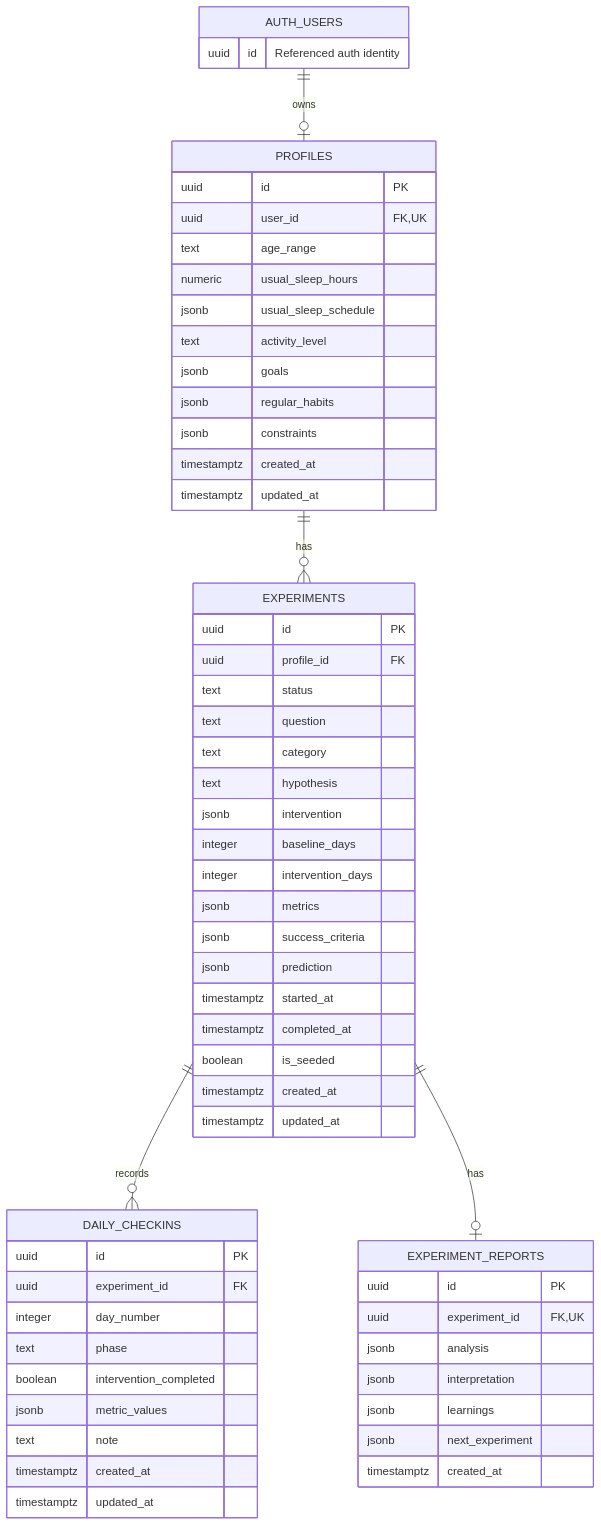
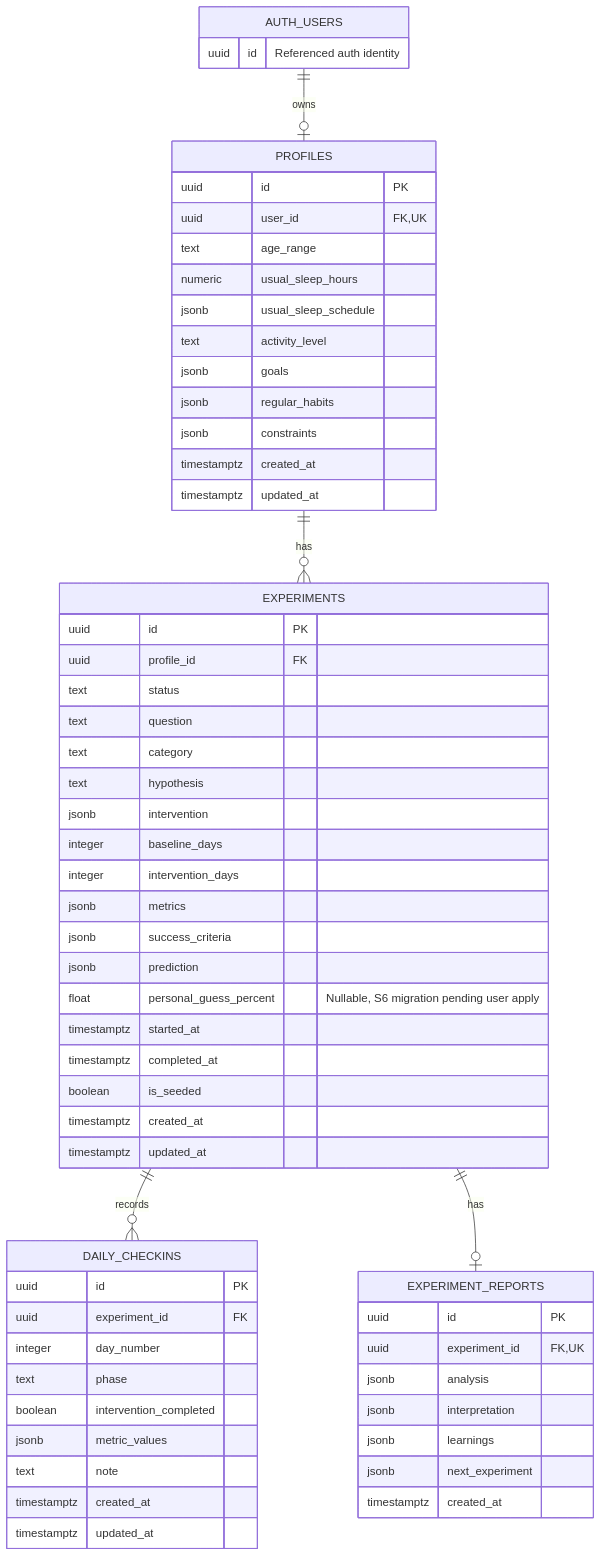
The third of 3 diagrams in docs/ARCHITECTURE.md (mnahsanofficial/rhythm-health), drawn with Mermaid before and after one commit. The commit also changed other lines of this file and 14 other files, not shown here.

Commit message:
docs: explain the personal guess rollout and migration notice

````diff
--- a/docs/ARCHITECTURE.md
+++ b/docs/ARCHITECTURE.md
@@ -131,63 +136,64 @@
 ```mermaid
 erDiagram
     AUTH_USERS ||--o| PROFILES : owns
     PROFILES ||--o{ EXPERIMENTS : has
     EXPERIMENTS ||--o{ DAILY_CHECKINS : records
     EXPERIMENTS ||--o| EXPERIMENT_REPORTS : has
 
     AUTH_USERS {
         uuid id "Referenced auth identity"
     }
     PROFILES {
         uuid id PK
         uuid user_id FK, UK
         text age_range
         numeric usual_sleep_hours
         jsonb usual_sleep_schedule
         text activity_level
         jsonb goals
         jsonb regular_habits
         jsonb constraints
         timestamptz created_at
         timestamptz updated_at
     }
     EXPERIMENTS {
         uuid id PK
         uuid profile_id FK
         text status
         text question
         text category
         text hypothesis
         jsonb intervention
         integer baseline_days
         integer intervention_days
         jsonb metrics
         jsonb success_criteria
         jsonb prediction
+        float personal_guess_percent "Nullable, S6 migration pending user apply"
         timestamptz started_at
         timestamptz completed_at
         boolean is_seeded
         timestamptz created_at
         timestamptz updated_at
     }
     DAILY_CHECKINS {
         uuid id PK
         uuid experiment_id FK
         integer day_number
         text phase
         boolean intervention_completed
         jsonb metric_values
         text note
         timestamptz created_at
         timestamptz updated_at
     }
     EXPERIMENT_REPORTS {
         uuid id PK
         uuid experiment_id FK, UK
         jsonb analysis
         jsonb interpretation
         jsonb learnings
         jsonb next_experiment
         timestamptz created_at
     }
 ```
````
